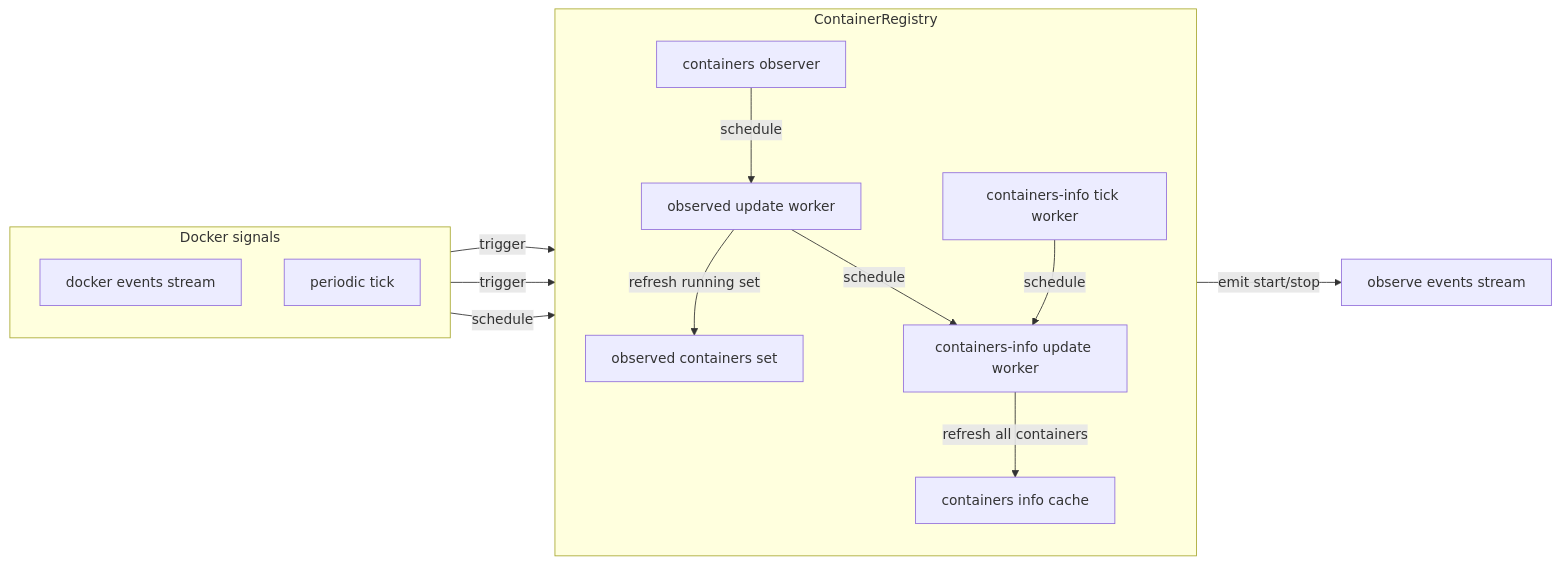
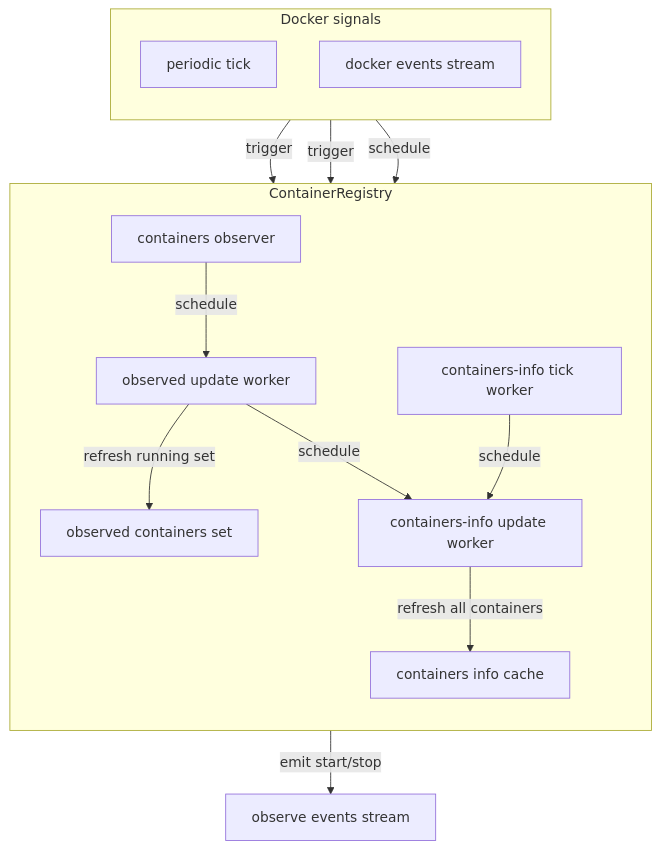
One commit to skvostik/vpsiner changed the third of 4 diagrams in docs/ARCHITECTURE.md. Above: the diagram before and after it, drawn with Mermaid. The commit also changed other lines of this file, not shown here.

````diff
--- a/docs/ARCHITECTURE.md
+++ b/docs/ARCHITECTURE.md
@@ -128,31 +127,31 @@
 ```mermaid
-flowchart LR
+flowchart TB
     subgraph Inputs[Docker signals]
         direction TB
+        Tick[periodic tick]
         Events[docker events stream]
-        Tick[periodic tick]
     end
 
     subgraph Core[ContainerRegistry]
         direction TB
         Observer[containers observer]
         ObservedUpd[observed update worker]
         InfoTick[containers-info tick worker]
         InfoUpd[containers-info update worker]
         ObservedSet[observed containers set]
         InfoCache[containers info cache]
     end
 
     ObserveEvents[observe events stream]
 
+    Tick -->|trigger| Observer
     Events -->|trigger| Observer
-    Tick -->|trigger| Observer
     Observer -->|schedule| ObservedUpd
     ObservedUpd -->|refresh running set| ObservedSet
     ObservedUpd -->|emit start/stop| ObserveEvents
 
     Tick -->|schedule| InfoTick
     InfoTick -->|schedule| InfoUpd
     ObservedUpd -->|schedule| InfoUpd
     InfoUpd -->|refresh all containers| InfoCache
 ```
````
